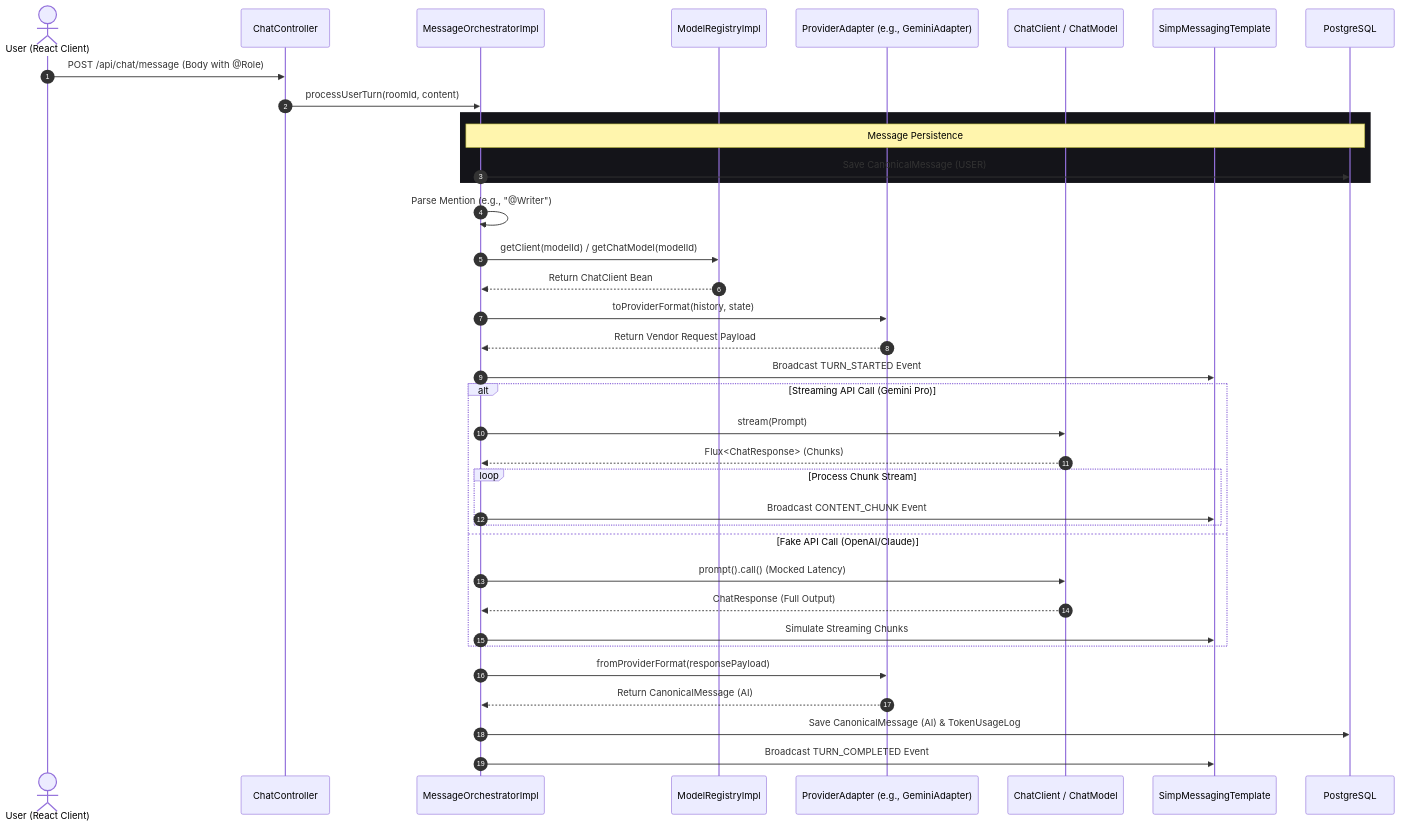
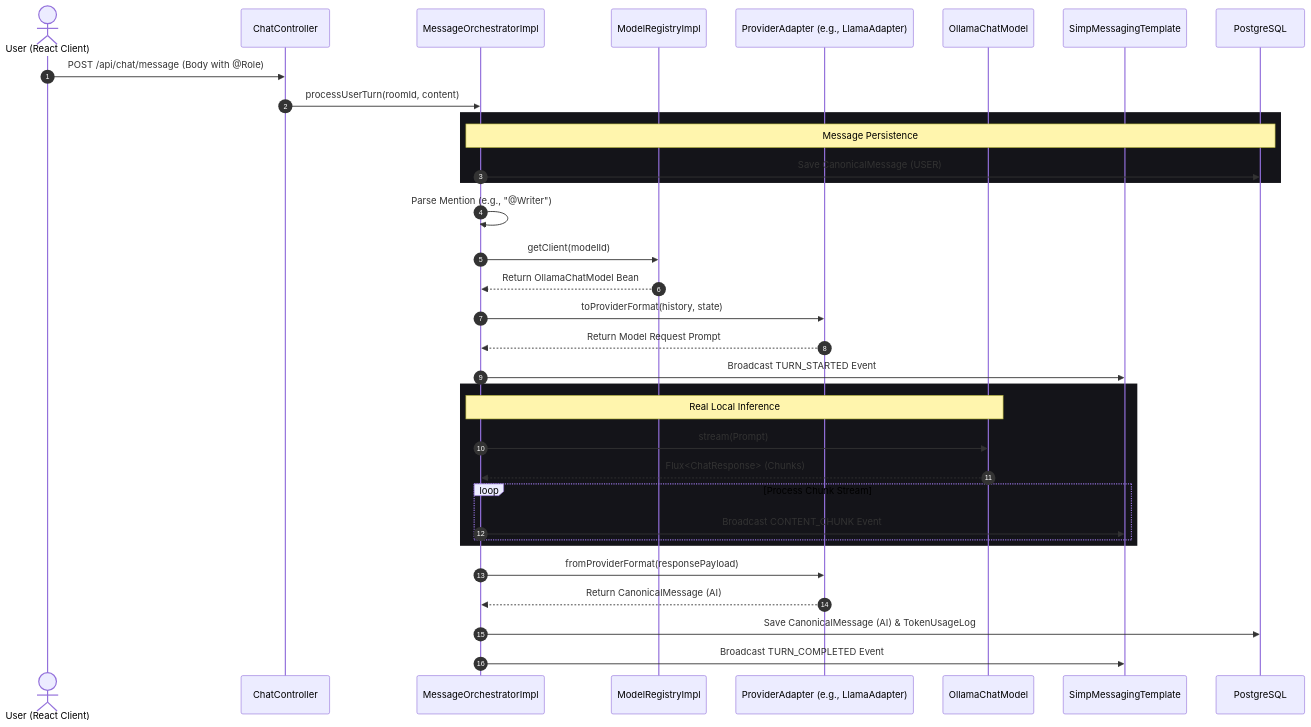
One commit to vaibhv19/Conclave changed the second of 3 diagrams in Docs/App_Flow.md. Above: the diagram before and after it, drawn with Mermaid. The commit also changed other lines of this file, not shown here.

Commit message:
docs: update App Flow execution lifecycle for local models

````diff
--- a/Docs/App_Flow.md
+++ b/Docs/App_Flow.md
@@ -39,45 +39,42 @@
 ```mermaid
 sequenceDiagram
     autonumber
     actor User as User (React Client)
     participant ChatCtrl as ChatController
     participant Orch as MessageOrchestratorImpl
     participant Reg as ModelRegistryImpl
-    participant Adap as ProviderAdapter (e.g., GeminiAdapter)
-    participant ChatClt as ChatClient / ChatModel
+    participant Adap as ProviderAdapter (e.g., LlamaAdapter)
+    participant ChatClt as OllamaChatModel
     participant WS as SimpMessagingTemplate
     participant DB as PostgreSQL
 
     User->>ChatCtrl: POST /api/chat/message (Body with @Role)
     ChatCtrl->>Orch: processUserTurn(roomId, content)
     
     rect rgb(20, 20, 25)
         Note over Orch, DB: Message Persistence
         Orch->>DB: Save CanonicalMessage (USER)
     end
 
     Orch->>Orch: Parse Mention (e.g., "@Writer")
-    Orch->>Reg: getClient(modelId) / getChatModel(modelId)
-    Reg-->>Orch: Return ChatClient Bean
+    Orch->>Reg: getClient(modelId)
+    Reg-->>Orch: Return OllamaChatModel Bean
     Orch->>Adap: toProviderFormat(history, state)
-    Adap-->>Orch: Return Vendor Request Payload
+    Adap-->>Orch: Return Model Request Prompt
     
     Orch->>WS: Broadcast TURN_STARTED Event
     
-    alt Streaming API Call (Gemini Pro)
+    rect rgb(20, 20, 25)
+        Note over Orch, ChatClt: Real Local Inference
         Orch->>ChatClt: stream(Prompt)
         ChatClt-->>Orch: Flux<ChatResponse> (Chunks)
         loop Process Chunk Stream
             Orch->>WS: Broadcast CONTENT_CHUNK Event
         end
-    else Fake API Call (OpenAI/Claude)
-        Orch->>ChatClt: prompt().call() (Mocked Latency)
-        ChatClt-->>Orch: ChatResponse (Full Output)
-        Orch->>WS: Simulate Streaming Chunks
     end
 
     Orch->>Adap: fromProviderFormat(responsePayload)
     Adap-->>Orch: Return CanonicalMessage (AI)
     Orch->>DB: Save CanonicalMessage (AI) & TokenUsageLog
     Orch->>WS: Broadcast TURN_COMPLETED Event
 ```
````
